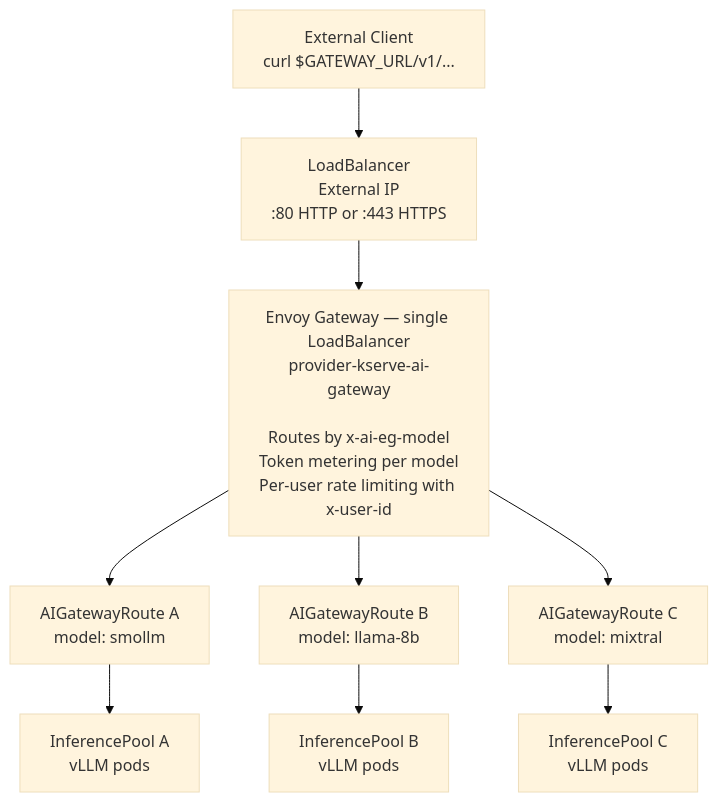
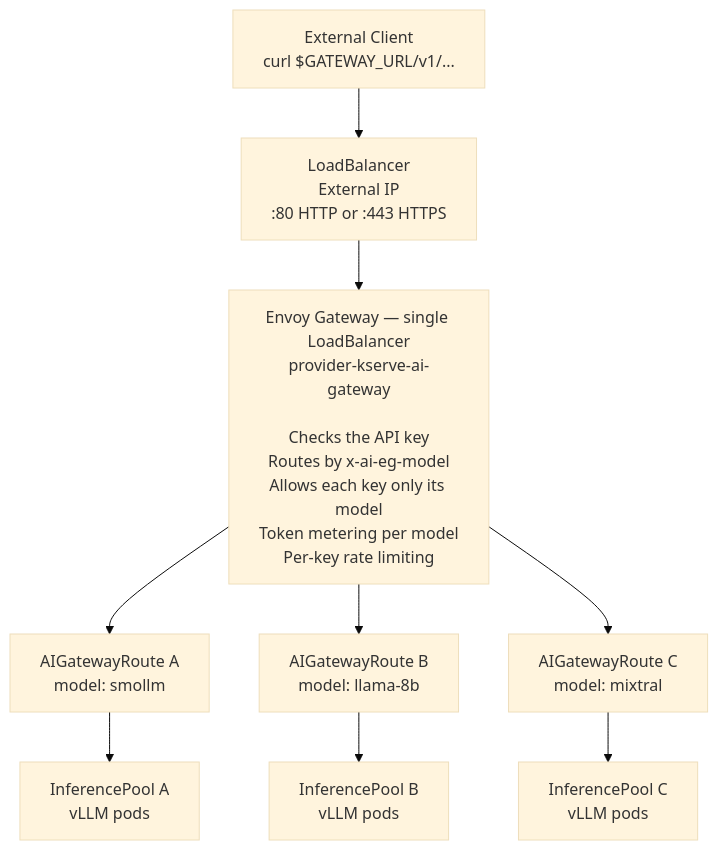
One commit to openeverest/provider-kserve changed the diagram in docs/ai-gateway-tls.md. Above: the diagram before and after it, drawn with Mermaid (base theme). The commit also changed other lines of this file and 26 other files, not shown here.

Commit message:
Fully working fix and flow for ai gateway

````diff
--- a/docs/ai-gateway-tls.md
+++ b/docs/ai-gateway-tls.md
@@ -29,23 +29,23 @@
 ```mermaid
 flowchart TD
     client["External Client<br/>curl $GATEWAY_URL/v1/..."]
     lb["LoadBalancer<br/>External IP<br/>:80 HTTP or :443 HTTPS"]
-    gateway["Envoy Gateway — single LoadBalancer<br/>provider-kserve-ai-gateway<br/><br/>Routes by x-ai-eg-model<br/>Token metering per model<br/>Per-user rate limiting with x-user-id"]
+    gateway["Envoy Gateway — single LoadBalancer<br/>provider-kserve-ai-gateway<br/><br/>Checks the API key<br/>Routes by x-ai-eg-model<br/>Allows each key only its model<br/>Token metering per model<br/>Per-key rate limiting"]
 
     routeA["AIGatewayRoute A<br/>model: smollm"]
     routeB["AIGatewayRoute B<br/>model: llama-8b"]
     routeC["AIGatewayRoute C<br/>model: mixtral"]
 
     poolA["InferencePool A<br/>vLLM pods"]
     poolB["InferencePool B<br/>vLLM pods"]
     poolC["InferencePool C<br/>vLLM pods"]
 
     client --> lb
     lb --> gateway
     gateway --> routeA
     gateway --> routeB
     gateway --> routeC
     routeA --> poolA
     routeB --> poolB
     routeC --> poolC
 ```
````
